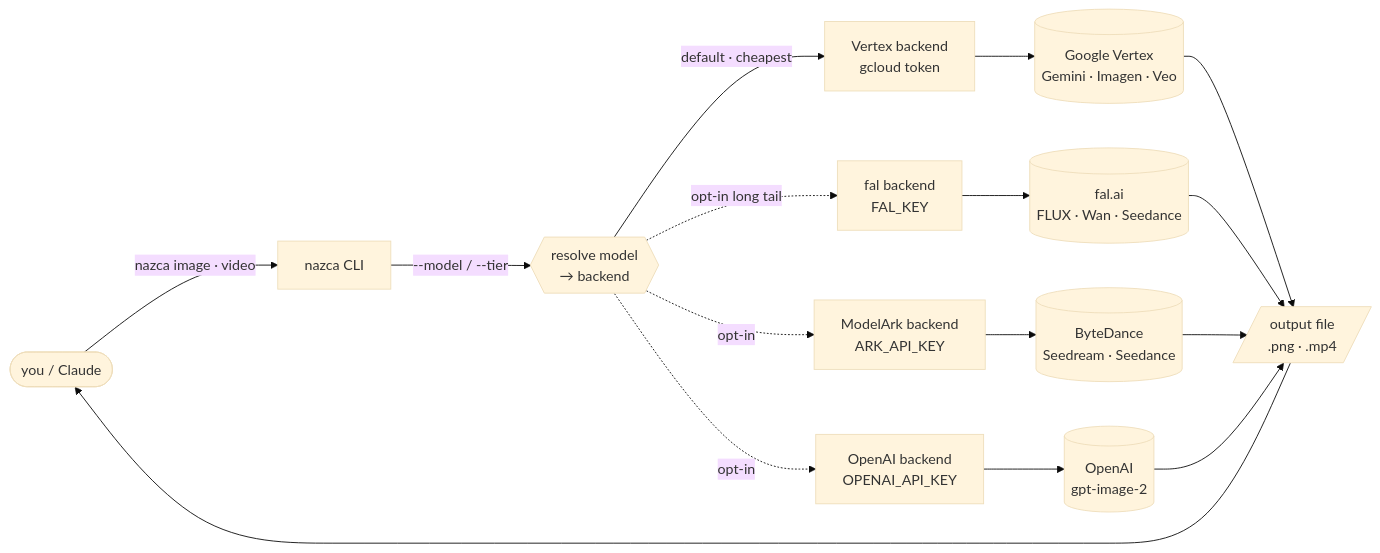
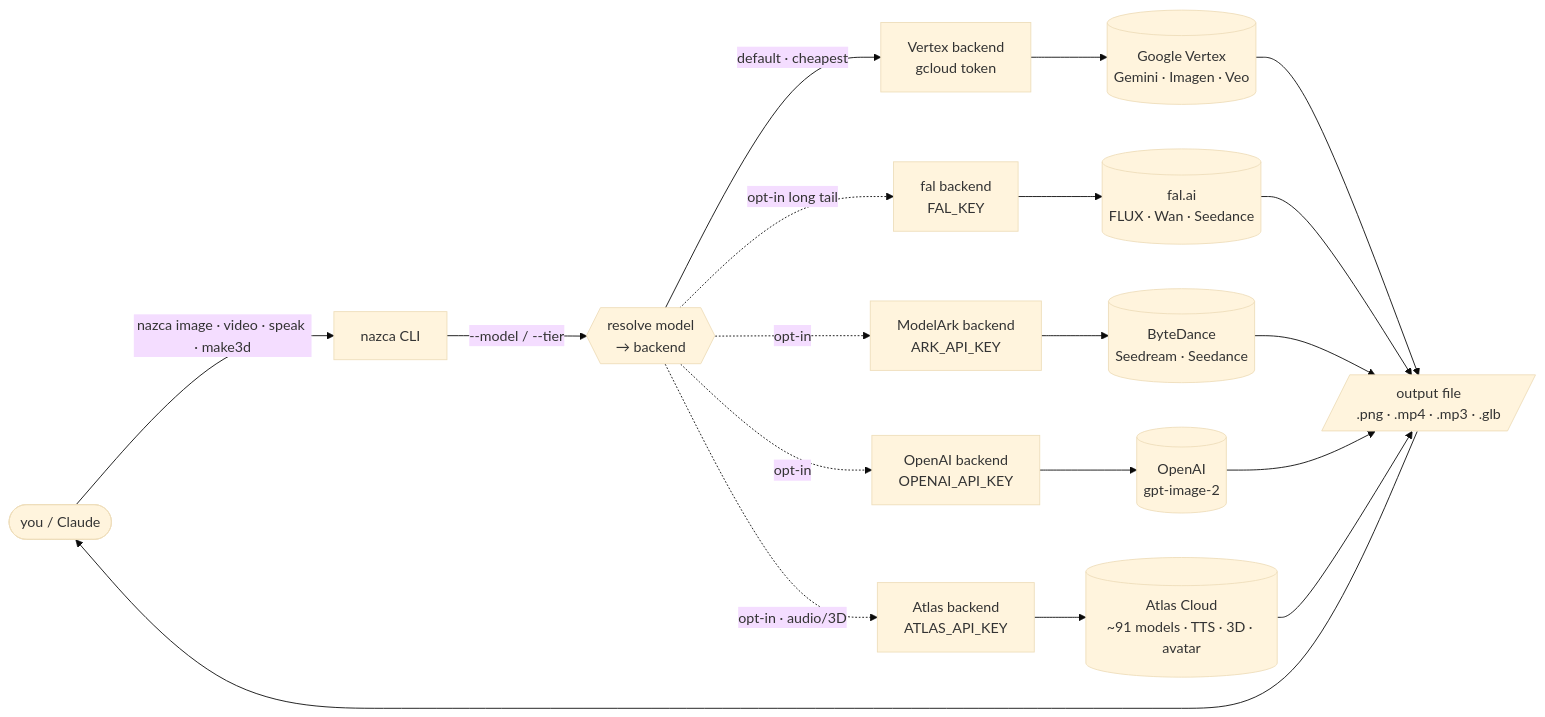
Before and after one commit to Mysios-Labs-inc/nazca: the first of 3 diagrams in README.md, drawn with Mermaid (base theme). The commit also changed other lines of this file, not shown here.

First line of the commit message:
docs: document audio (speak) + 3D (make3d) modalities and Atlas Cloud backend (#109)

````diff
--- a/README.md
+++ b/README.md
@@ -43,15 +46,17 @@
 ```mermaid
 flowchart LR
-    A([you / Claude]) -->|"nazca image · video"| CLI[nazca CLI]
+    A([you / Claude]) -->|"nazca image · video · speak · make3d"| CLI[nazca CLI]
     CLI -->|"--model / --tier"| R{{resolve model<br/>→ backend}}
     R -->|default · cheapest| V[Vertex backend<br/>gcloud token]
     R -.->|opt-in long tail| F[fal backend<br/>FAL_KEY]
     R -.->|opt-in| M[ModelArk backend<br/>ARK_API_KEY]
     R -.->|opt-in| OA[OpenAI backend<br/>OPENAI_API_KEY]
+    R -.->|opt-in · audio/3D| AT[Atlas backend<br/>ATLAS_API_KEY]
     V --> G[(Google Vertex<br/>Gemini · Imagen · Veo)]
     F --> FP[(fal.ai<br/>FLUX · Wan · Seedance)]
     M --> MP[(ByteDance<br/>Seedream · Seedance)]
     OA --> OP[(OpenAI<br/>gpt-image-2)]
-    G & FP & MP & OP --> O[/output file<br/>.png · .mp4/]
+    AT --> ATP[(Atlas Cloud<br/>~91 models · TTS · 3D · avatar)]
+    G & FP & MP & OP & ATP --> O[/output file<br/>.png · .mp4 · .mp3 · .glb/]
     O --> A
 ```
````
